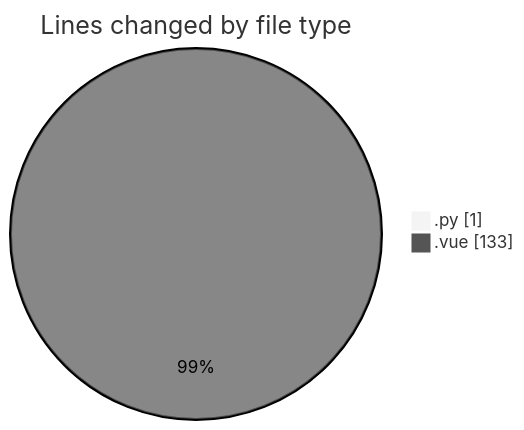
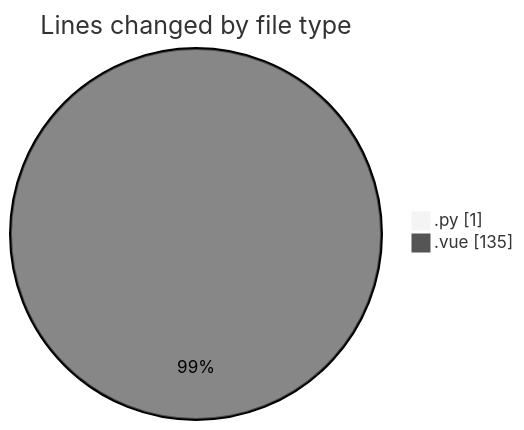
Before and after one commit to jcpc91/code-tracking: the first of 2 diagrams in 2025-05-12/cancelacionsegurosvida/README.md, drawn with Mermaid (neutral theme). The commit also changed other lines of this file and 1 other file, not shown here.

````diff
--- a/2025-05-12/cancelacionsegurosvida/README.md
+++ b/2025-05-12/cancelacionsegurosvida/README.md
@@ -22,6 +22,6 @@
 ```mermaid
 pie showData
 title Lines changed by file type
 ".py" : 1
-".vue" : 133
+".vue" : 135
 ```
````
